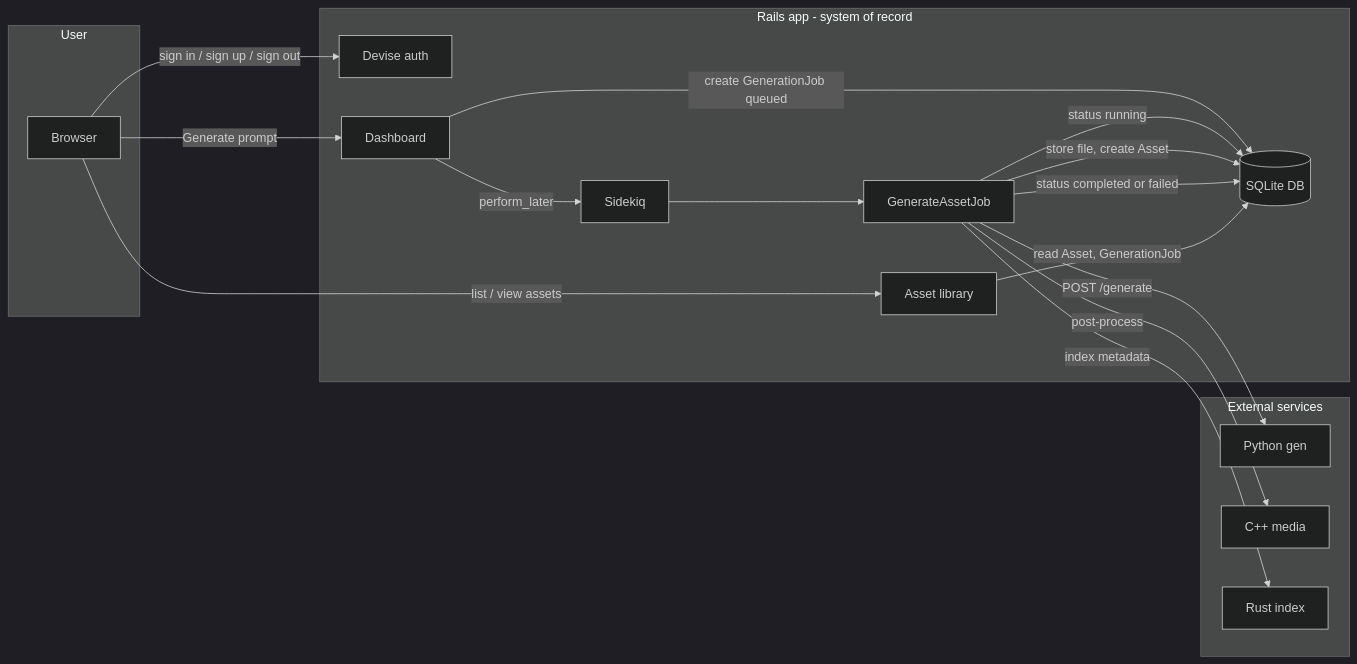
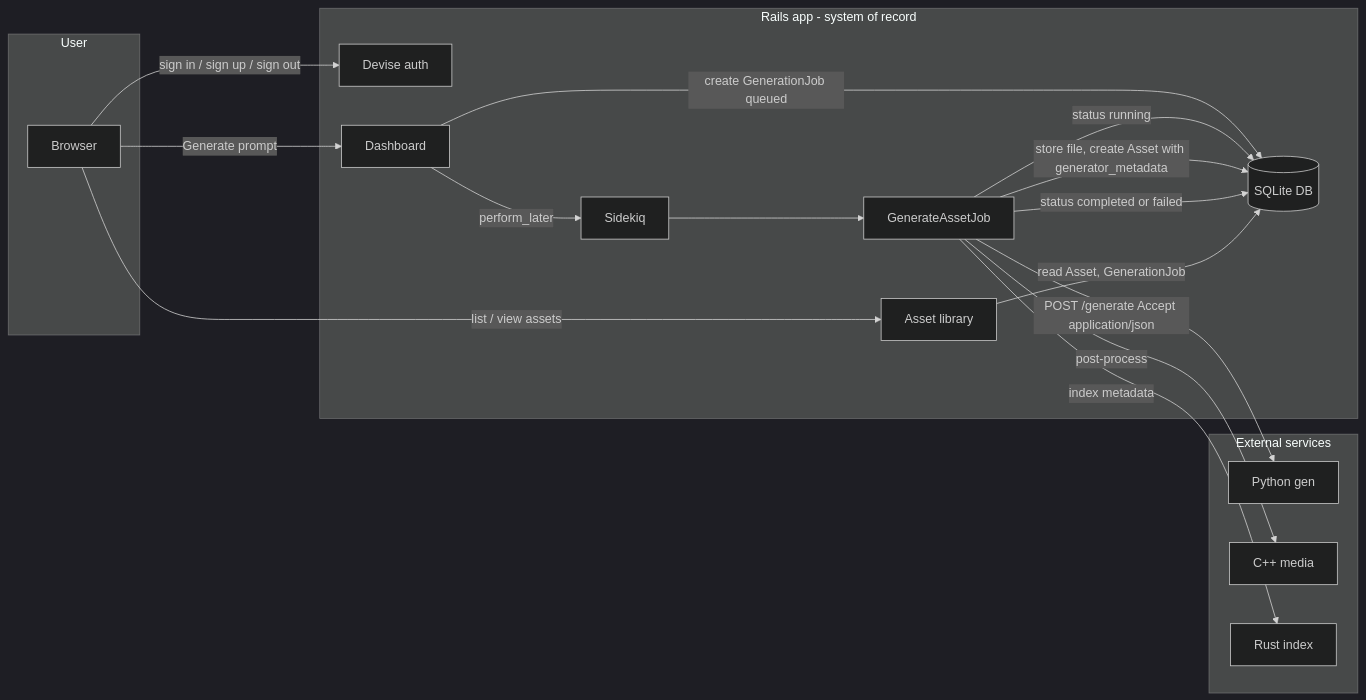
Before and after one commit to protektiq/forgeai: the diagram in docs/data-flow.md, drawn with Mermaid (dark theme). The commit also changed other lines of this file and 4 other files, not shown here.

````diff
--- a/docs/data-flow.md
+++ b/docs/data-flow.md
@@ -5,32 +5,32 @@
 ```mermaid
 flowchart LR
   subgraph users [User]
     Browser[Browser]
   end
   subgraph rails [Rails app - system of record]
     Auth[Devise auth]
     Dashboard[Dashboard]
     DB[(SQLite DB)]
     JobQueue[Sidekiq]
     Worker[GenerateAssetJob]
     Assets[Asset library]
   end
   subgraph external [External services]
     PythonGen[Python gen]
     CppMedia[C++ media]
     RustIndex[Rust index]
   end
   Browser -->|sign in / sign up / sign out| Auth
   Browser -->|"Generate" prompt| Dashboard
   Dashboard -->|create GenerationJob queued| DB
   Dashboard -->|perform_later| JobQueue
   JobQueue --> Worker
   Worker -->|status running| DB
-  Worker -->|POST /generate| PythonGen
-  Worker -->|store file, create Asset| DB
+  Worker -->|POST /generate Accept application/json| PythonGen
+  Worker -->|store file, create Asset with generator_metadata| DB
   Worker -->|post-process| CppMedia
   Worker -->|index metadata| RustIndex
   Worker -->|status completed or failed| DB
   Browser -->|list / view assets| Assets
   Assets -->|read Asset, GenerationJob| DB
 ```
````
